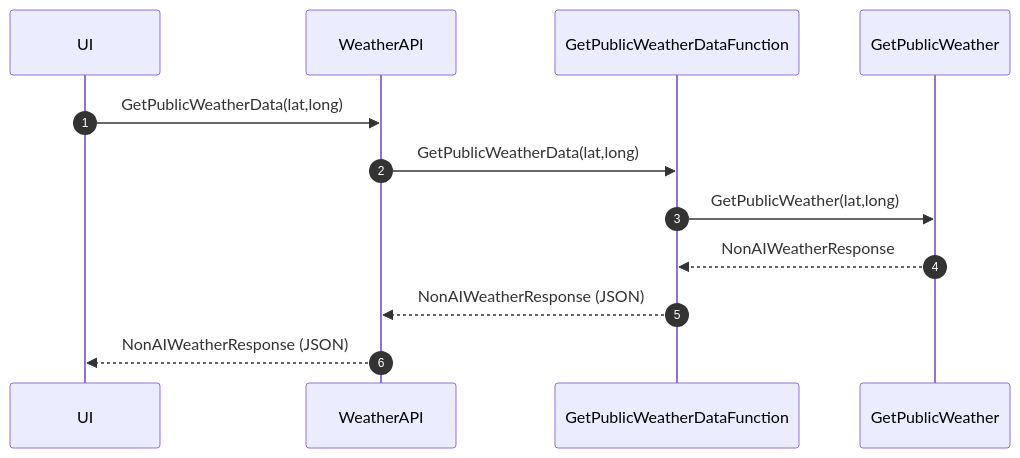
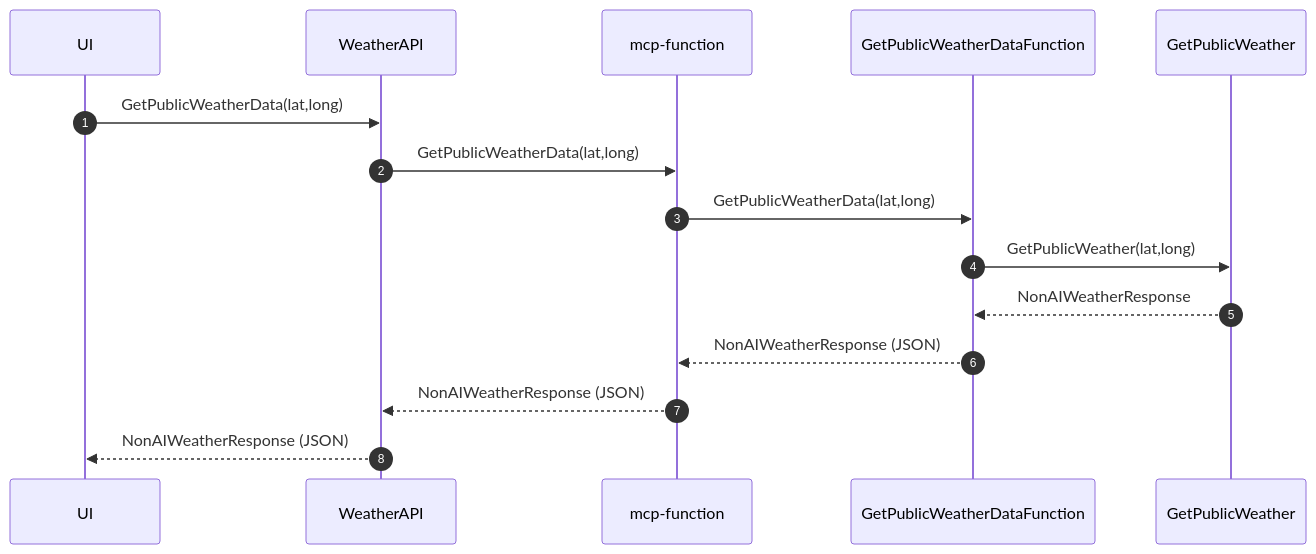
The second of 4 diagrams in docs/3-foundry-mcp/agents-models-mcp.md (dustinkorzaan/weather-1116), drawn with Mermaid before and after one commit. The commit also changed other lines of this file, not shown here.

Commit message:
Fix UI > API > MCP diagrams with separate MCP host participants

````diff
--- a/docs/3-foundry-mcp/agents-models-mcp.md
+++ b/docs/3-foundry-mcp/agents-models-mcp.md
@@ -66,15 +66,18 @@
   ```mermaid
   sequenceDiagram
       autonumber
       participant UI
       participant API as WeatherAPI
-      participant MCP as GetPublicWeatherDataFunction
+      participant MCP as mcp-function
+      participant Function as GetPublicWeatherDataFunction
       participant GetPublicWeather
 
       UI->>API: GetPublicWeatherData(lat,long)
       API->>MCP: GetPublicWeatherData(lat,long)
-      MCP->>GetPublicWeather: GetPublicWeather(lat,long)
-      GetPublicWeather-->>MCP: NonAIWeatherResponse
+      MCP->>Function: GetPublicWeatherData(lat,long)
+      Function->>GetPublicWeather: GetPublicWeather(lat,long)
+      GetPublicWeather-->>Function: NonAIWeatherResponse
+      Function-->>MCP: NonAIWeatherResponse (JSON)
       MCP-->>API: NonAIWeatherResponse (JSON)
       API-->>UI: NonAIWeatherResponse (JSON)
   ```
````
